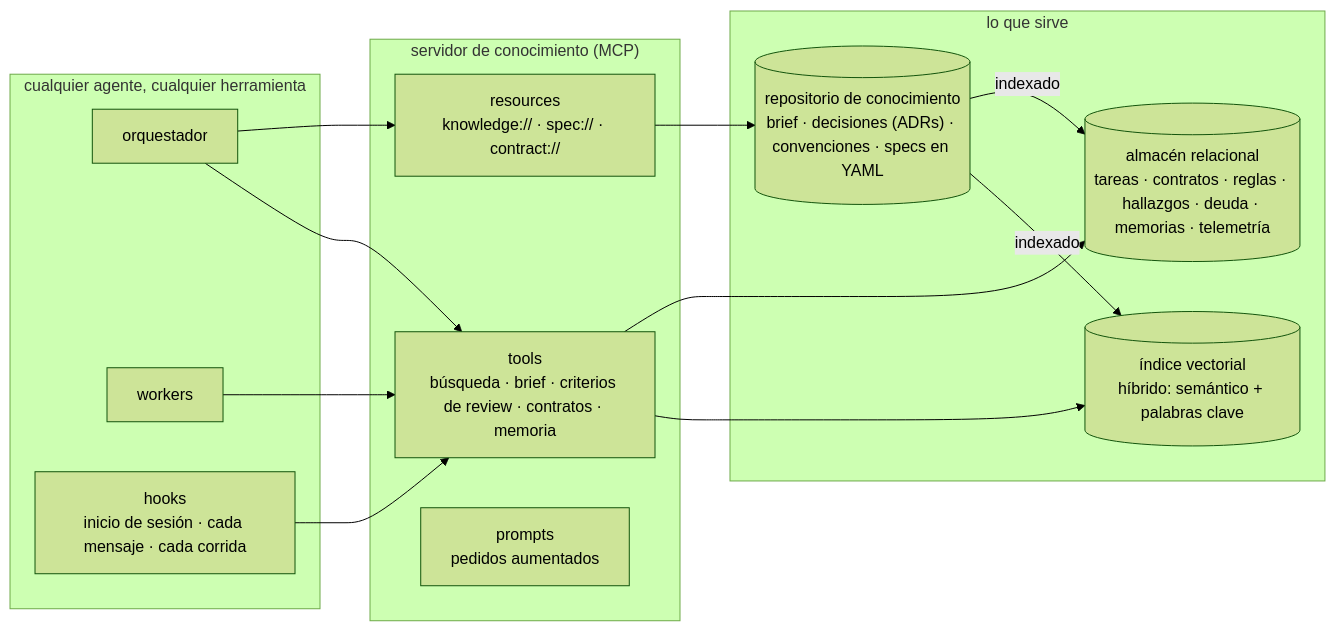
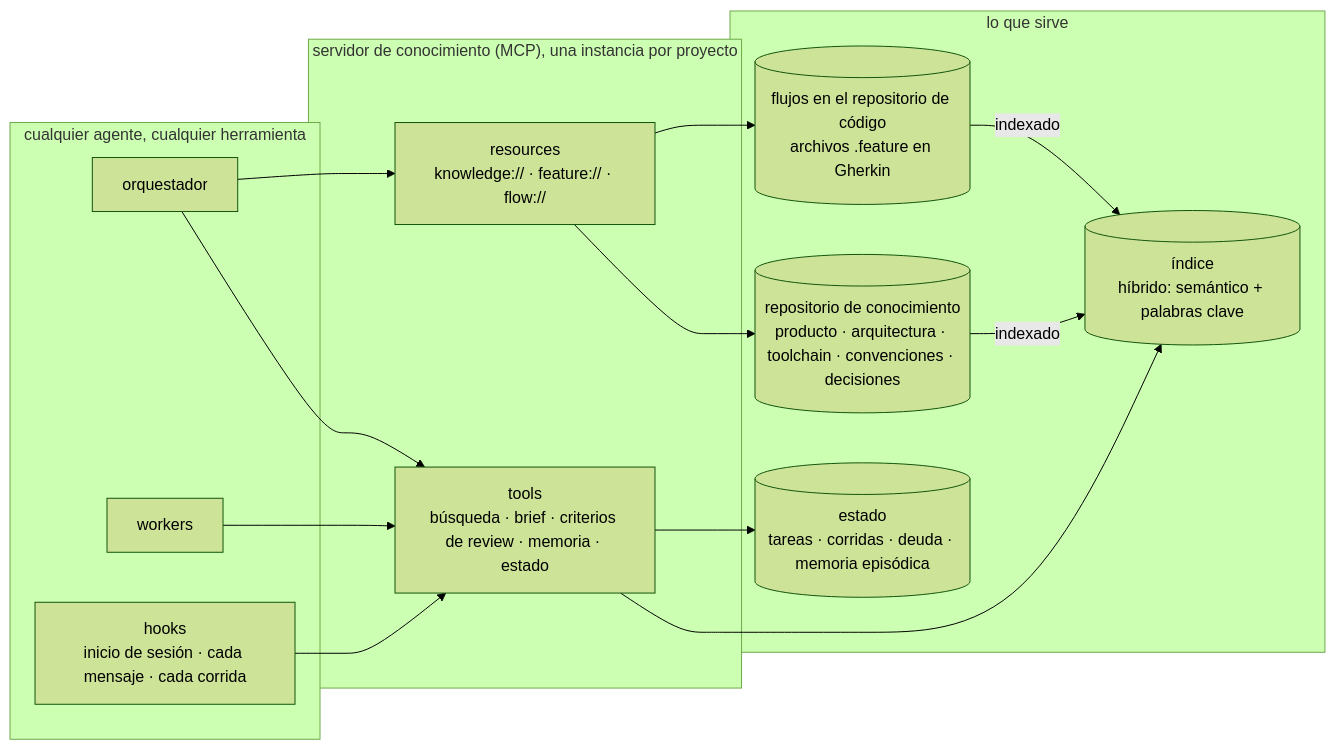
Before and after one commit to jacm80/typedspec: the first of 2 diagrams in README.es.md, drawn with Mermaid (forest theme). The commit also changed other lines of this file and 6 other files, not shown here.

First line of the commit message:
docs: the graph as practised, the invariants, and the practices it stands on

````diff
--- a/README.es.md
+++ b/README.es.md
@@ -30,27 +66,28 @@
 ```mermaid
 flowchart LR
   subgraph Clients["cualquier agente, cualquier herramienta"]
     O["orquestador"]
     W["workers"]
     HK["hooks<br/>inicio de sesión · cada mensaje · cada corrida"]
   end
-  subgraph KS["servidor de conocimiento (MCP)"]
-    TL["tools<br/>búsqueda · brief · criterios de review · contratos · memoria"]
-    RS["resources<br/>knowledge:// · spec:// · contract://"]
-    PR["prompts<br/>pedidos aumentados"]
+  subgraph KS["servidor de conocimiento (MCP), una instancia por proyecto"]
+    TL["tools<br/>búsqueda · brief · criterios de review · memoria · estado"]
+    RS["resources<br/>knowledge:// · feature:// · flow://"]
   end
   subgraph Store["lo que sirve"]
-    KR[("repositorio de conocimiento<br/>brief · decisiones (ADRs) · convenciones · specs en YAML")]
-    VX[("índice vectorial<br/>híbrido: semántico + palabras clave")]
-    DB[("almacén relacional<br/>tareas · contratos · reglas · hallazgos · deuda · memorias · telemetría")]
+    KR[("repositorio de conocimiento<br/>producto · arquitectura · toolchain · convenciones · decisiones")]
+    FT[("flujos en el repositorio de código<br/>archivos .feature en Gherkin")]
+    VX[("índice<br/>híbrido: semántico + palabras clave")]
+    DB[("estado<br/>tareas · corridas · deuda · memoria episódica")]
   end
   O --> TL
   W --> TL
   HK --> TL
   O --> RS
   TL --> VX
   TL --> DB
   RS --> KR
+  RS --> FT
   KR -- indexado --> VX
-  KR -- indexado --> DB
+  FT -- indexado --> VX
 ```
````
